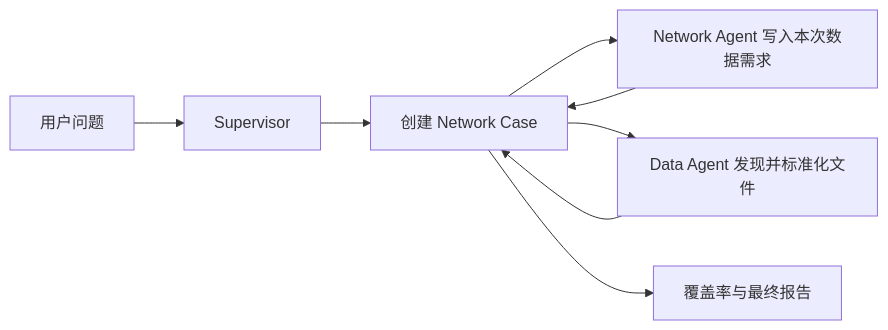
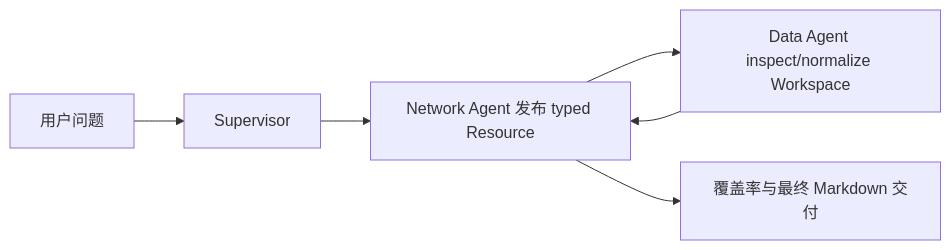
The diagram in docs/tutorials/indonesia-network-01-data.md (JO-WTF/open-web-codex), drawn with Mermaid before and after one commit. The commit also changed other lines of this file and 63 other files, not shown here.

````diff
--- a/docs/tutorials/indonesia-network-01-data.md
+++ b/docs/tutorials/indonesia-network-01-data.md
@@ -7,10 +7,8 @@
 ```mermaid
 flowchart LR
   U[用户问题] --> S[Supervisor]
-  S --> C[创建 Network Case]
-  C --> N[Network Agent 写入本次数据需求]
-  C --> D[Data Agent 发现并标准化文件]
-  D --> C
-  N --> C
-  C --> R[覆盖率与最终报告]
+  S --> N[Network Agent 发布 typed Resource]
+  N --> D[Data Agent inspect/normalize Workspace]
+  D --> N
+  N --> R[覆盖率与最终 Markdown 交付]
 ```
````
